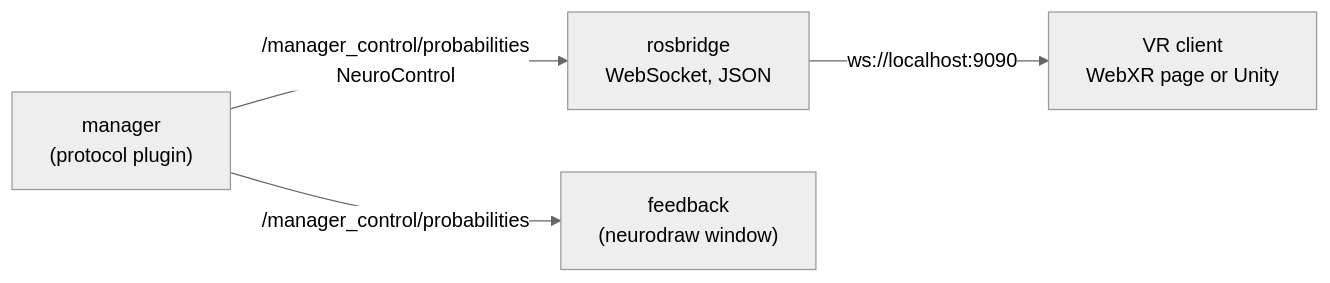
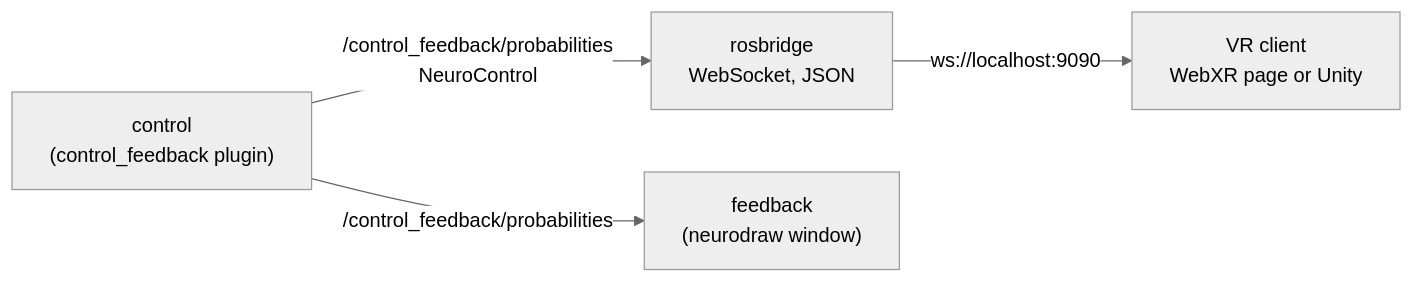
Before and after one commit to ros2neuro/docs: the first of 2 diagrams in docs/tutorials/vr-feedback/index.md, drawn with Mermaid (neutral theme). The commit also changed other lines of this file and 60 other files, not shown here.

Commit message:
Add four architecture figures, shared-parameters page, robot-control tutorial and MATLAB check description; ignore tutorial packages in colcon

````diff
--- a/docs/tutorials/vr-feedback/index.md
+++ b/docs/tutorials/vr-feedback/index.md
@@ -30,6 +30,6 @@
 ```mermaid
 flowchart LR
-    MAN["manager<br/>(protocol plugin)"] -->|"/manager_control/probabilities<br/>NeuroControl"| RB["rosbridge<br/>WebSocket, JSON"]
+    MAN["control<br/>(control_feedback plugin)"] -->|"/control_feedback/probabilities<br/>NeuroControl"| RB["rosbridge<br/>WebSocket, JSON"]
     RB -->|"ws://localhost:9090"| VR["VR client<br/>WebXR page or Unity"]
-    MAN -->|"/manager_control/probabilities"| FB["feedback<br/>(neurodraw window)"]
+    MAN -->|"/control_feedback/probabilities"| FB["feedback<br/>(neurodraw window)"]
 ```
````
